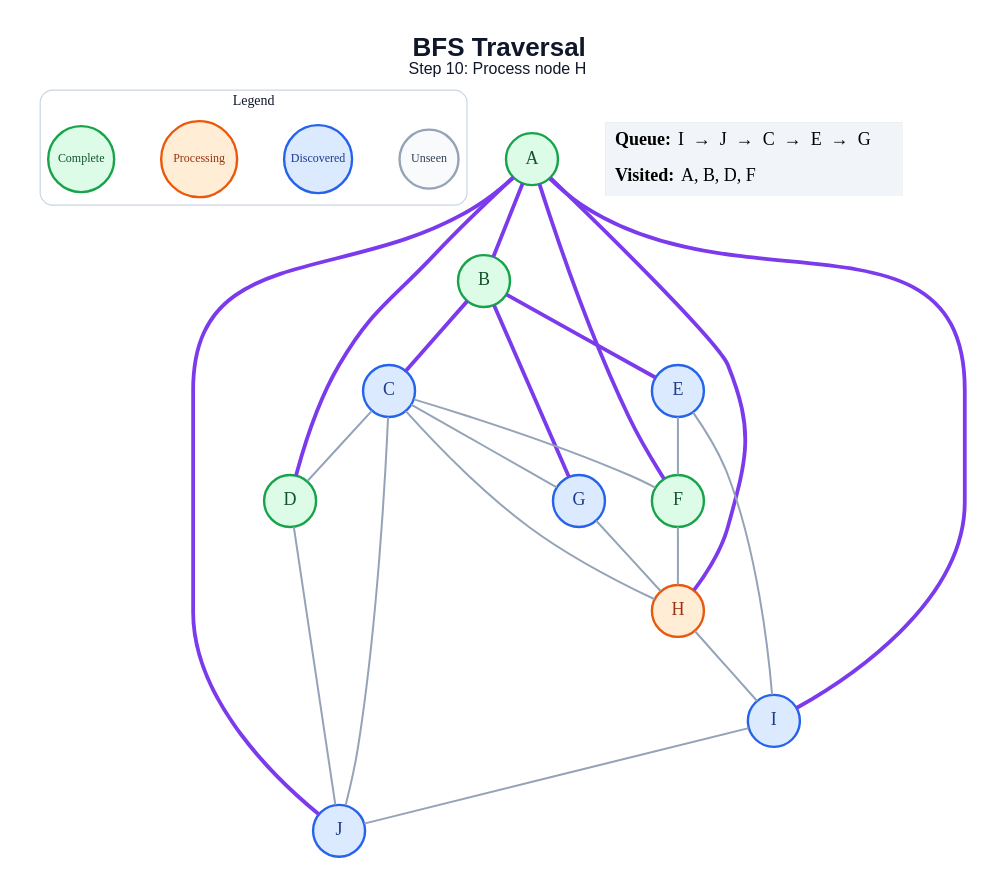
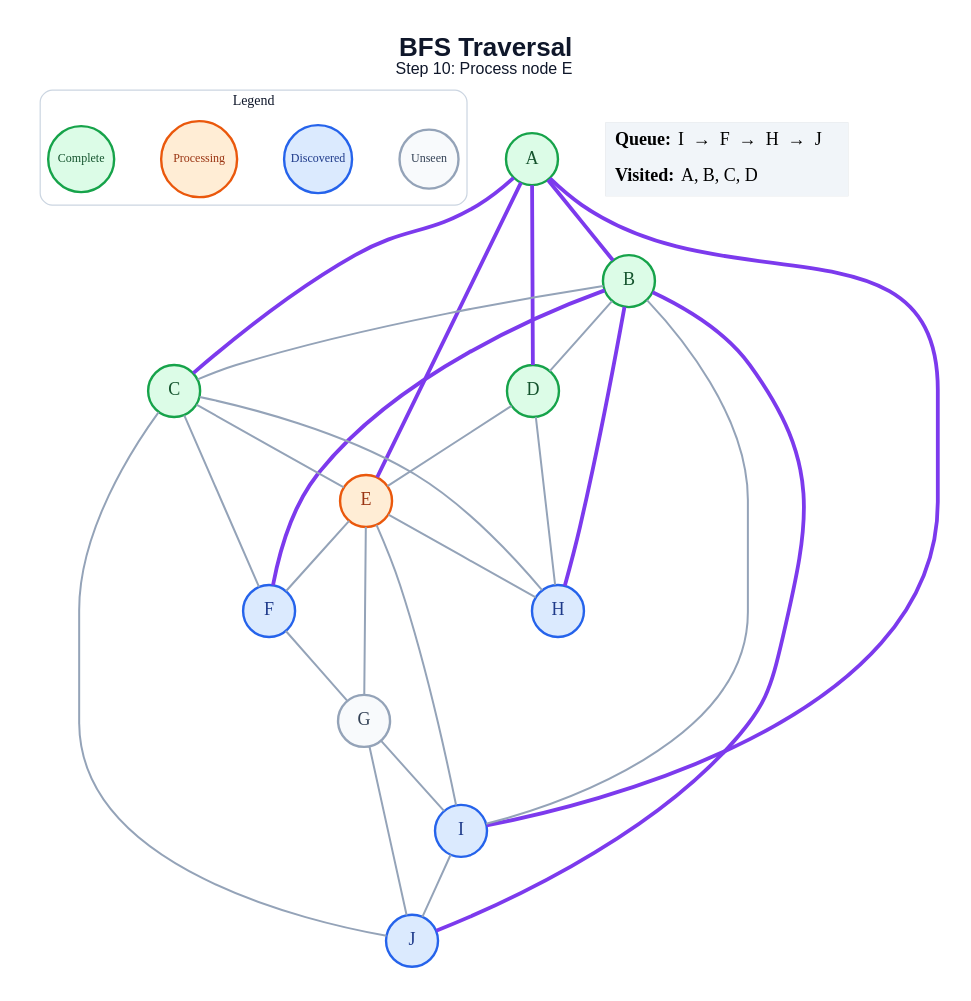
The diagram in generated/bfs/step_10.dot (anon7238593-create/ai-slop), drawn with Graphviz before and after one commit. The commit also changed 178 other files, not shown here.

```diff
--- a/generated/bfs/step_10.dot
+++ b/generated/bfs/step_10.dot
@@ -1,50 +1,54 @@
 graph traversal {
   graph [layout=dot, rankdir=TB, bgcolor="#FFFFFF", pad="0.35", nodesep="0.65", ranksep="0.8", fontname="Arial"];
   node [shape=circle, style="filled", fontname="Arial Bold", fontsize=18, width=0.72, fixedsize=true, penwidth=2.4];
   edge [color="#94A3B8", penwidth=2.0];
-  label=<<B>BFS Traversal</B><BR/><FONT POINT-SIZE="16">Step 10: Process node H</FONT>>; labelloc="t"; fontsize=26; fontname="Arial"; fontcolor="#0F172A";
+  label=<<B>BFS Traversal</B><BR/><FONT POINT-SIZE="16">Step 10: Process node E</FONT>>; labelloc="t"; fontsize=26; fontname="Arial"; fontcolor="#0F172A";
   subgraph cluster_legend { label="Legend"; color="#CBD5E1"; penwidth=1.2; style="rounded"; fontsize=14; fontname="Arial Bold";
     key_unseen [label="Unseen", fillcolor="#F8FAFC", color="#94A3B8", fontcolor="#334155", fontsize=12, width=0.82];
     key_frontier [label="Discovered", fillcolor="#DBEAFE", color="#2563EB", fontcolor="#1E3A8A", fontsize=12, width=0.95];
     key_current [label="Processing", fillcolor="#FFEDD5", color="#EA580C", fontcolor="#9A3412", fontsize=12, width=1.05];
     key_done [label="Complete", fillcolor="#DCFCE7", color="#16A34A", fontcolor="#14532D", fontsize=12, width=0.92];
     { rank=same; key_unseen; key_frontier; key_current; key_done; }
   }
   A [fillcolor="#DCFCE7", color="#16A34A", fontcolor="#14532D"];
   B [fillcolor="#DCFCE7", color="#16A34A", fontcolor="#14532D"];
-  C [fillcolor="#DBEAFE", color="#2563EB", fontcolor="#1E3A8A"];
+  C [fillcolor="#DCFCE7", color="#16A34A", fontcolor="#14532D"];
   D [fillcolor="#DCFCE7", color="#16A34A", fontcolor="#14532D"];
-  E [fillcolor="#DBEAFE", color="#2563EB", fontcolor="#1E3A8A"];
-  F [fillcolor="#DCFCE7", color="#16A34A", fontcolor="#14532D"];
-  G [fillcolor="#DBEAFE", color="#2563EB", fontcolor="#1E3A8A"];
-  H [fillcolor="#FFEDD5", color="#EA580C", fontcolor="#9A3412"];
+  E [fillcolor="#FFEDD5", color="#EA580C", fontcolor="#9A3412"];
+  F [fillcolor="#DBEAFE", color="#2563EB", fontcolor="#1E3A8A"];
+  G [fillcolor="#F8FAFC", color="#94A3B8", fontcolor="#334155"];
+  H [fillcolor="#DBEAFE", color="#2563EB", fontcolor="#1E3A8A"];
   I [fillcolor="#DBEAFE", color="#2563EB", fontcolor="#1E3A8A"];
   J [fillcolor="#DBEAFE", color="#2563EB", fontcolor="#1E3A8A"];
   A -- B [color="#7C3AED", penwidth=3.8];
+  A -- C [color="#7C3AED", penwidth=3.8];
   A -- D [color="#7C3AED", penwidth=3.8];
-  A -- F [color="#7C3AED", penwidth=3.8];
-  A -- H [color="#7C3AED", penwidth=3.8];
+  A -- E [color="#7C3AED", penwidth=3.8];
   A -- I [color="#7C3AED", penwidth=3.8];
-  A -- J [color="#7C3AED", penwidth=3.8];
-  B -- C [color="#7C3AED", penwidth=3.8];
-  B -- E [color="#7C3AED", penwidth=3.8];
-  B -- G [color="#7C3AED", penwidth=3.8];
-  C -- D;
+  B -- C;
+  B -- D;
+  B -- F [color="#7C3AED", penwidth=3.8];
+  B -- H [color="#7C3AED", penwidth=3.8];
+  B -- I;
+  B -- J [color="#7C3AED", penwidth=3.8];
+  C -- E;
   C -- F;
-  C -- G;
   C -- H;
   C -- J;
-  D -- J;
+  D -- E;
+  D -- H;
   E -- F;
+  E -- G;
+  E -- H;
   E -- I;
-  F -- H;
-  G -- H;
-  H -- I;
+  F -- G;
+  G -- I;
+  G -- J;
   I -- J;
   status [shape=plain, fixedsize=false, width=0, height=0, margin=0, label=<
     <TABLE BORDER="0" CELLBORDER="0" CELLPADDING="7" BGCOLOR="#F1F5F9">
-      <TR><TD ALIGN="LEFT"><B>Queue:</B> I  →  J  →  C  →  E  →  G</TD></TR>
-      <TR><TD ALIGN="LEFT"><B>Visited:</B> A, B, D, F</TD></TR>
+      <TR><TD ALIGN="LEFT"><B>Queue:</B> I  →  F  →  H  →  J</TD></TR>
+      <TR><TD ALIGN="LEFT"><B>Visited:</B> A, B, C, D</TD></TR>
     </TABLE>
   >];
 }
```
